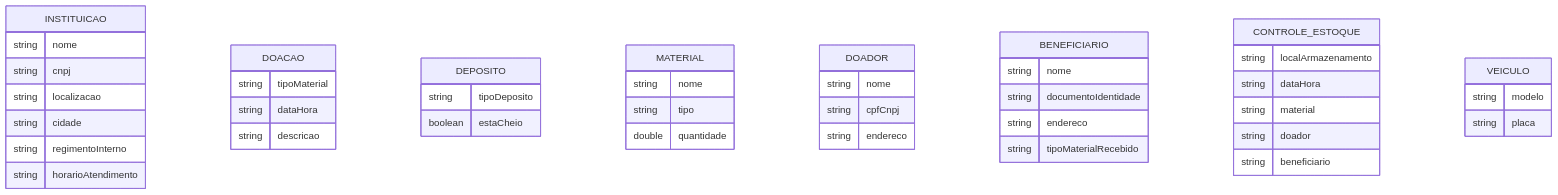
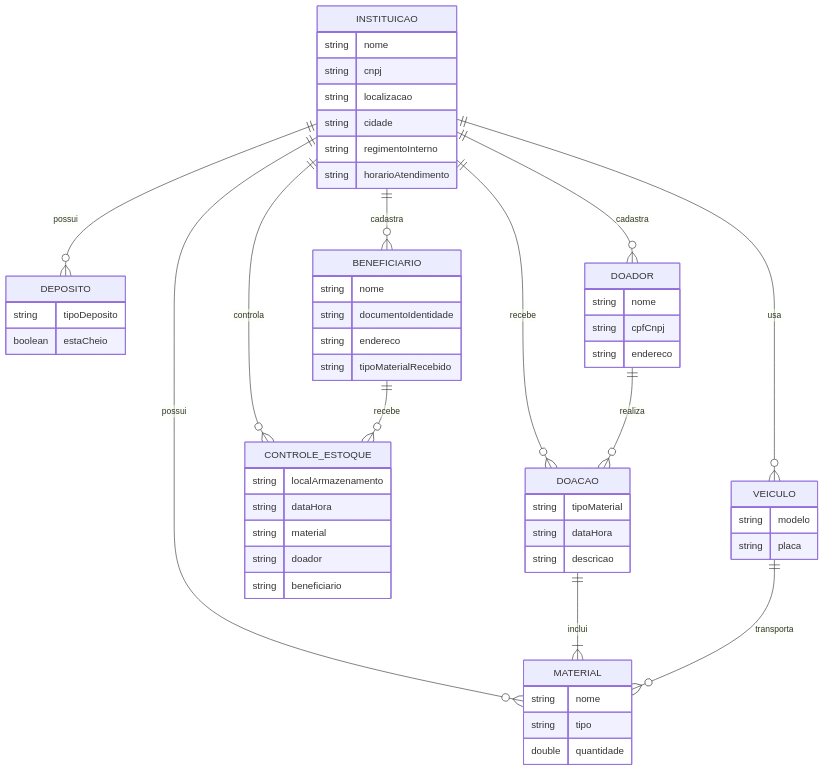
One commit to monteiro74/sdmc changed the second of 2 diagrams in README.md. Above: the diagram before and after it, drawn with Mermaid. The commit also changed other lines of this file, not shown here.

````diff
--- a/README.md
+++ b/README.md
@@ -220,58 +223,69 @@
 ```mermaid
 
 erDiagram
     INSTITUICAO {
         string nome
         string cnpj
         string localizacao
         string cidade
         string regimentoInterno
         string horarioAtendimento
     }
 
     DOACAO {
         string tipoMaterial
         string dataHora
         string descricao
     }
 
     DEPOSITO {
         string tipoDeposito
         boolean estaCheio
     }
 
     MATERIAL {
         string nome
         string tipo
         double quantidade
     }
 
     DOADOR {
         string nome
         string cpfCnpj
         string endereco
     }
 
     BENEFICIARIO {
         string nome
         string documentoIdentidade
         string endereco
         string tipoMaterialRecebido
     }
 
     CONTROLE_ESTOQUE {
         string localArmazenamento
         string dataHora
         string material
         string doador
         string beneficiario
     }
 
     VEICULO {
         string modelo
         string placa
     }
 
+    INSTITUICAO ||--o{ DOACAO : recebe
+    INSTITUICAO ||--o{ DEPOSITO : possui
+    INSTITUICAO ||--o{ MATERIAL : possui
+    INSTITUICAO ||--o{ DOADOR : cadastra
+    INSTITUICAO ||--o{ BENEFICIARIO : cadastra
+    INSTITUICAO ||--o{ CONTROLE_ESTOQUE : controla
+    INSTITUICAO ||--o{ VEICULO : usa
 
+    DOACAO ||--|{ MATERIAL : inclui
+    DOADOR ||--o{ DOACAO : realiza
+    BENEFICIARIO ||--o{ CONTROLE_ESTOQUE : recebe
+    VEICULO ||--o{ MATERIAL : transporta
 
 ```
````
